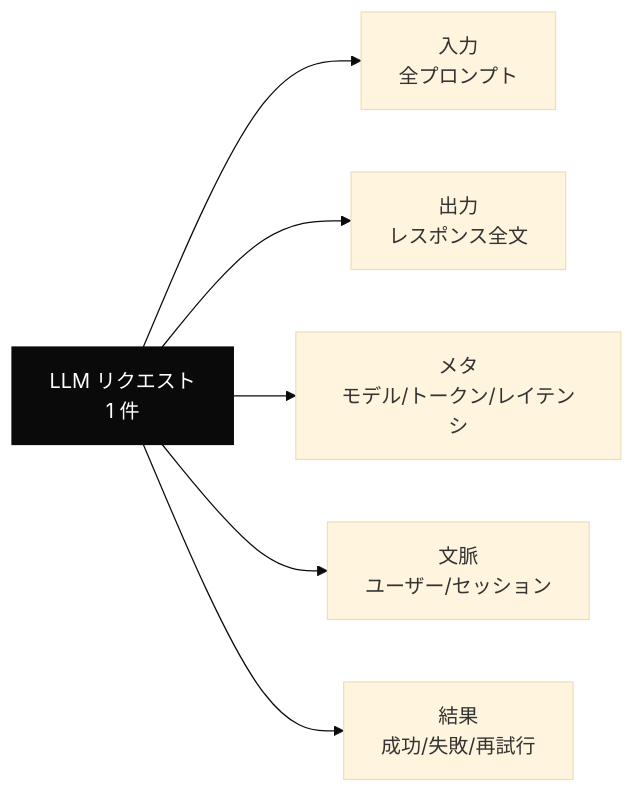
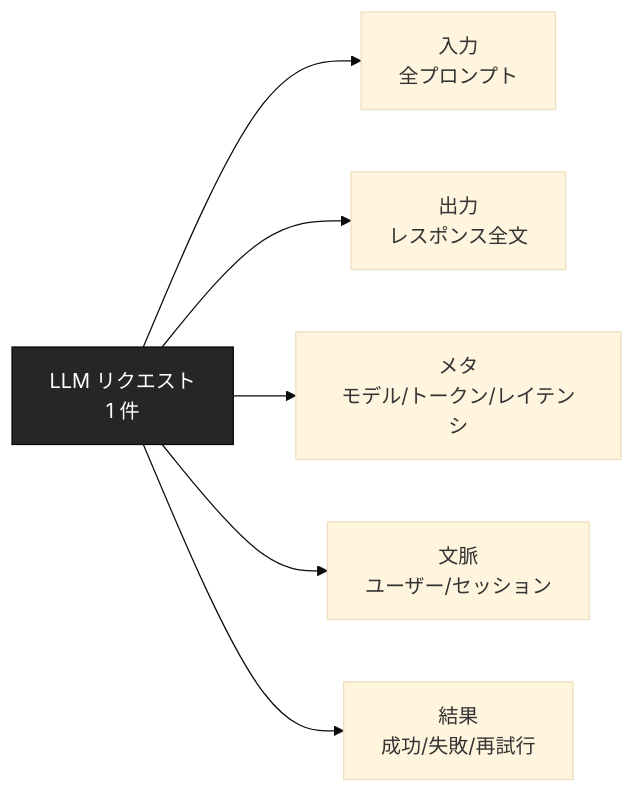
One commit to dinekt/dinekt-wiki changed the first of 2 diagrams in docs/tech-notes/llm-アプリのログ設計で残すべき-5-項目.md. Above: the diagram before and after it, drawn with Mermaid (base theme). The commit also changed other lines of this file and 71 other files, not shown here.

First line of the commit message:
fix: mermaid readability + remove GitHub repo toolbar

````diff
--- a/docs/tech-notes/llm-アプリのログ設計で残すべき-5-項目.md
+++ b/docs/tech-notes/llm-アプリのログ設計で残すべき-5-項目.md
@@ -23,10 +23,10 @@
 ```mermaid
 flowchart LR
     R[LLM リクエスト<br/>1 件] --> L1[入力<br/>全プロンプト]
     R --> L2[出力<br/>レスポンス全文]
     R --> L3[メタ<br/>モデル/トークン/レイテンシ]
     R --> L4[文脈<br/>ユーザー/セッション]
     R --> L5[結果<br/>成功/失敗/再試行]
 
-    style R fill:#0a0a0a,color:#fff,stroke:#0a0a0a
+    style R fill:#262626,color:#fff,stroke:#0a0a0a
 ```
````
